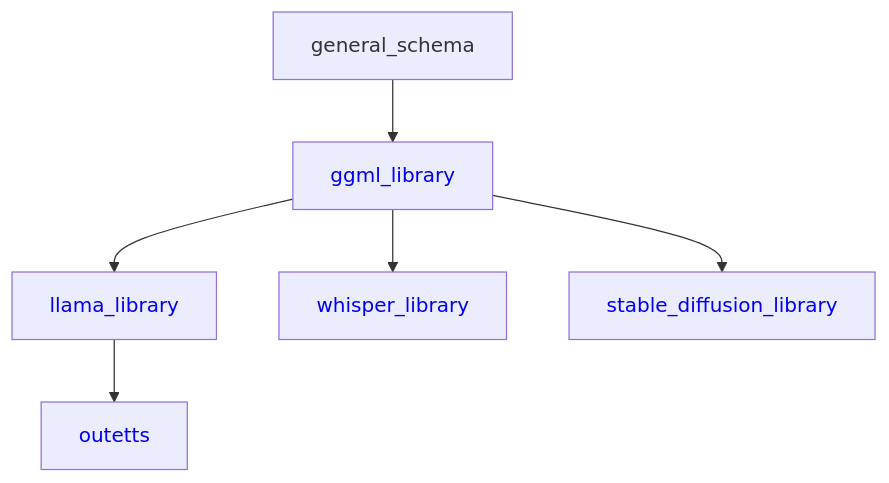
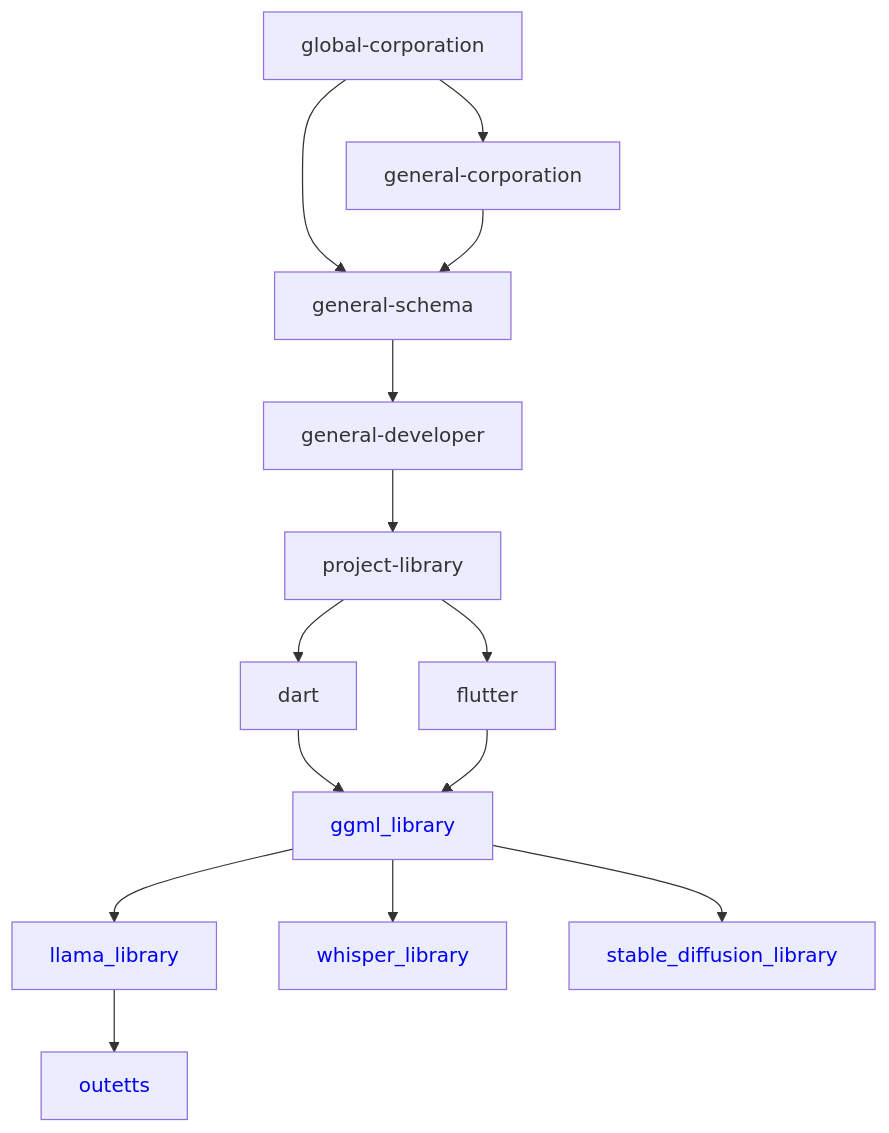
One commit to General-Developer/.github changed the diagram in profile/README.md. Above: the diagram before and after it, drawn with Mermaid.

````diff
--- a/profile/README.md
+++ b/profile/README.md
@@ -4,20 +4,28 @@
 ```mermaid
 graph TD;
-general_schema --> ggml_library
+global-corporation --> general-schema
+global-corporation --> general-corporation --> general-schema
+general-schema --> general-developer 
+general-developer --> project-library
+project-library --> dart
+project-library --> flutter
+
+dart --> ggml_library
+flutter --> ggml_library
 ggml_library --> llama_library
 ggml_library --> whisper_library
 ggml_library --> stable_diffusion_library
 llama_library --> outetts
 
 ggml_library[<a href="https://github.com/General-Developer/ggml_library" style="text-decoration:none;">ggml_library</a>];
 
 llama_library[<a href="https://github.com/General-Developer/llama_library" style="text-decoration:none;">llama_library</a>];
 
 outetts[<a href="https://github.com/General-Developer/outetts" style="text-decoration:none;">outetts</a>];
 
 whisper_library[<a href="https://github.com/General-Developer/whisper_library" style="text-decoration:none;">whisper_library</a>];
 
 stable_diffusion_library[<a href="https://github.com/General-Developer/stable_diffusion_library" style="text-decoration:none;">stable_diffusion_library</a>];
 
 
 ```
````
